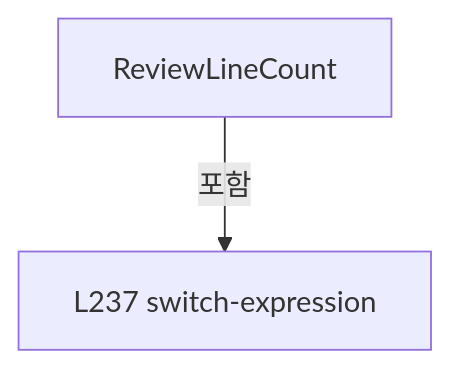
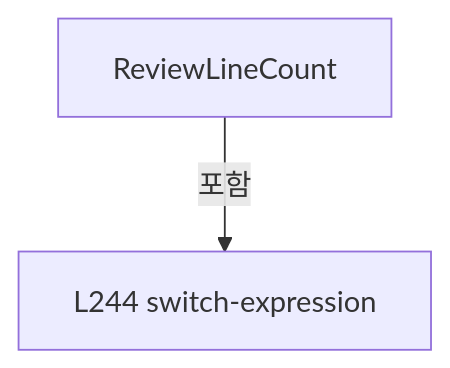
One commit to kjuws10-rgb/Shared changed diagram 11 of 11 in A3 LD Code Ref/files/Drilling.Common/Managers/CSettingManager.cs.md. Above: the diagram before and after it, drawn with Mermaid. The commit also changed other lines of this file and 2071 other files, not shown here.

Commit message:
docs(a3): update 11.19.0 architecture and code reference

````diff
--- a/A3 LD Code Ref/files/Drilling.Common/Managers/CSettingManager.cs.md
+++ b/A3 LD Code Ref/files/Drilling.Common/Managers/CSettingManager.cs.md
@@ -1941,6 +1989,6 @@
 ```mermaid
 flowchart TD
  M["ReviewLineCount"]
- N0["L237 switch-expression"]
+ N0["L244 switch-expression"]
  M -->|포함| N0
 ```
````
